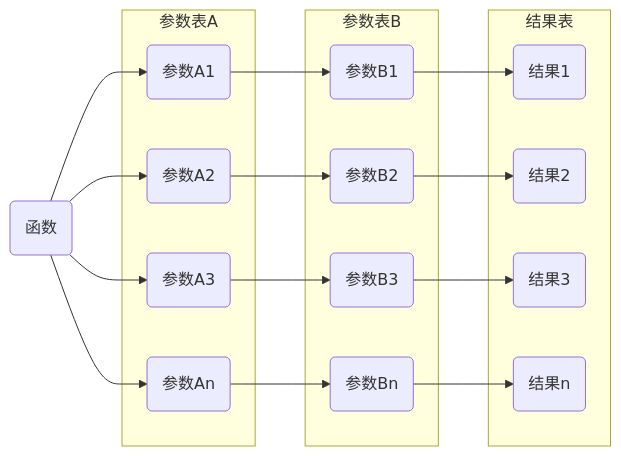
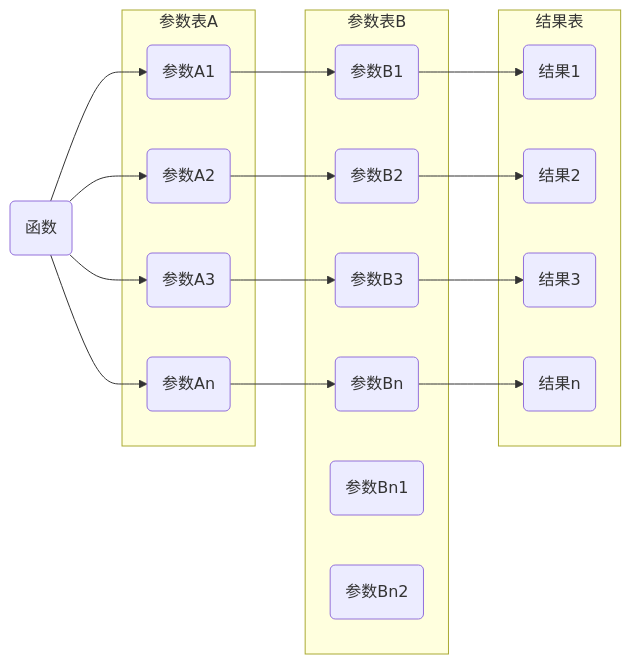
One commit to atlisp-org/atlisp-docs changed the first of 5 diagrams in Lisp进阶/lisp.org. Above: the diagram before and after it, drawn with Mermaid. The commit also changed 1 other file, not shown here.

```diff
--- a/Lisp进阶/lisp.org
+++ b/Lisp进阶/lisp.org
@@ -13,27 +13,29 @@
 #+begin_src mermaid
   flowchart LR;
      A(函数) -->P1 & P2 & P3 & Pn
      subgraph 参数表A
          P1(参数A1)
          P2(参数A2)
          P3(参数A3)
          Pn(参数An)      
      end
 
      subgraph 参数表B
          P21(参数B1)
          P22(参数B2)
          P23(参数B3)
-         P2n(参数Bn)      
+         P2n(参数Bn)
+         P2n1(参数Bn1)
+         P2n2(参数Bn2)       
      end
      subgraph 结果表
          R1(结果1)
          R2(结果2)
          R3(结果3)
-         Rn(结果n)      
+         Rn(结果n)
      end
      P1-->P21-->R1
      P2-->P22-->R2
      P3-->P23-->R3
      Pn-->P2n-->Rn
 #+end_src
```
